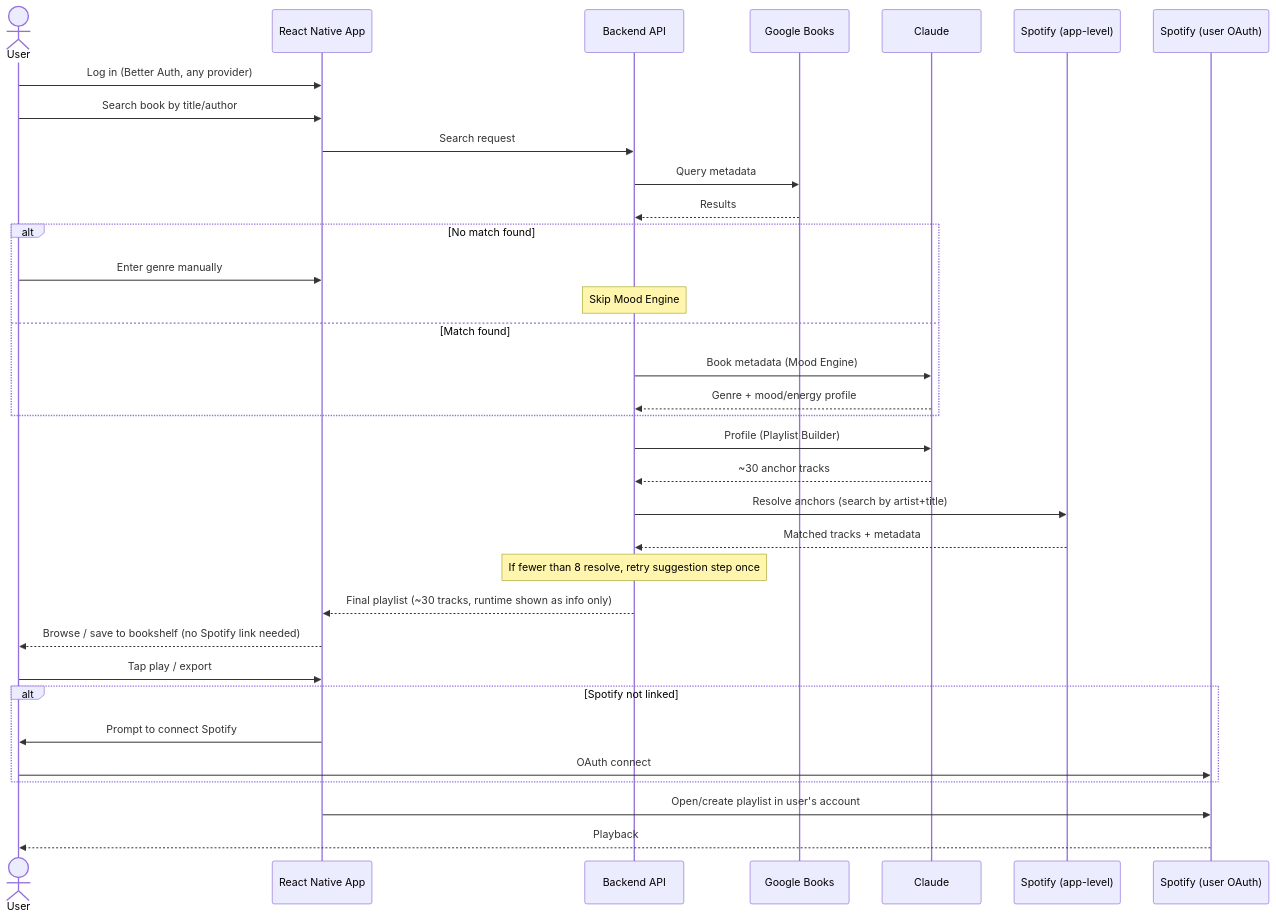
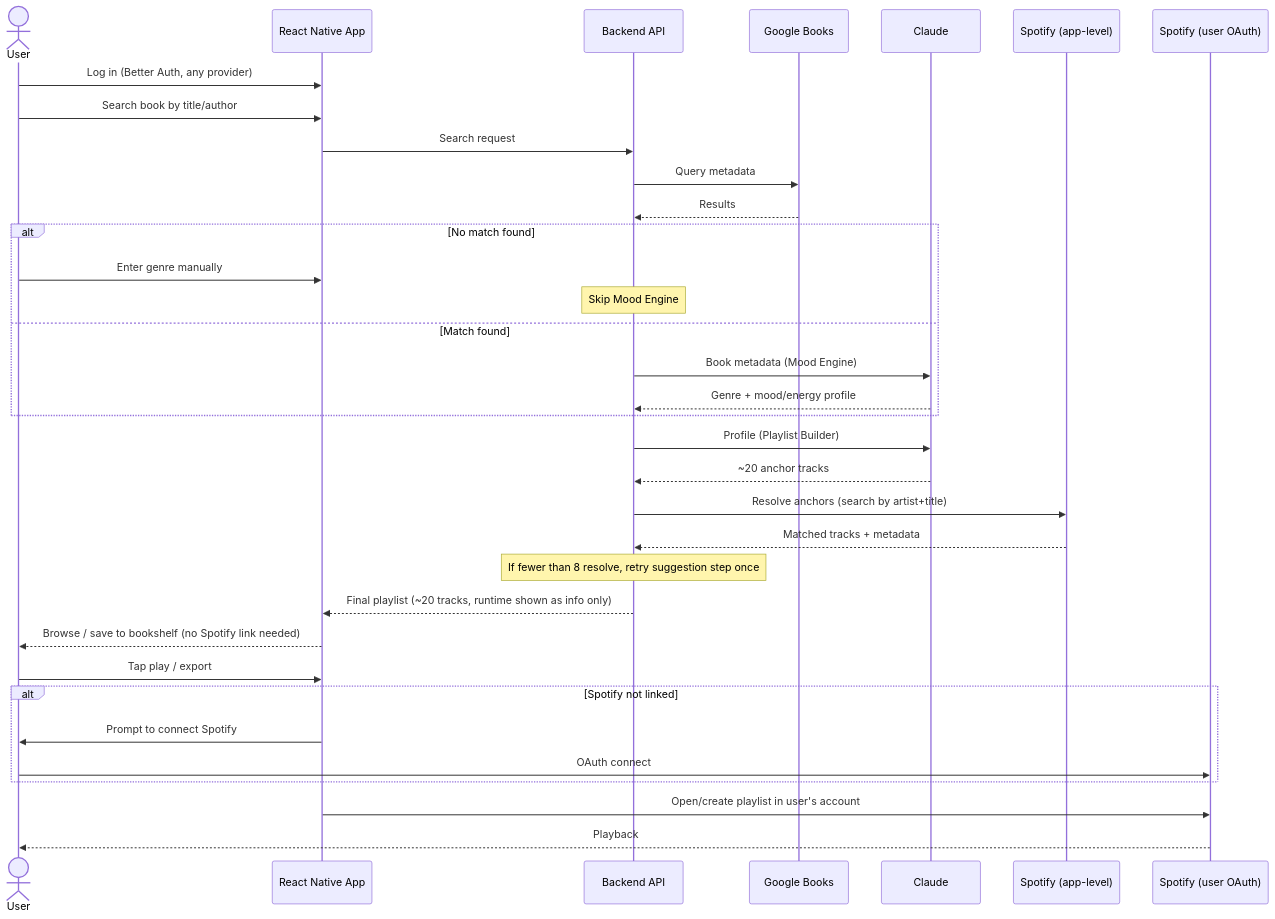
The diagram in docs/specs/2026-07-24-underscore-mvp-design.md (creelester/underscore), drawn with Mermaid before and after one commit. The commit also changed other lines of this file and 12 other files, not shown here.

````diff
--- a/docs/specs/2026-07-24-underscore-mvp-design.md
+++ b/docs/specs/2026-07-24-underscore-mvp-design.md
@@ -58,38 +58,38 @@
 ```mermaid
 sequenceDiagram
     actor U as User
     participant App as React Native App
     participant BE as Backend API
     participant GB as Google Books
     participant C as Claude
     participant SP as Spotify (app-level)
     participant SPu as Spotify (user OAuth)
 
     U->>App: Log in (Better Auth, any provider)
     U->>App: Search book by title/author
     App->>BE: Search request
     BE->>GB: Query metadata
     GB-->>BE: Results
     alt No match found
         U->>App: Enter genre manually
         Note over BE: Skip Mood Engine
     else Match found
         BE->>C: Book metadata (Mood Engine)
         C-->>BE: Genre + mood/energy profile
     end
     BE->>C: Profile (Playlist Builder)
-    C-->>BE: ~30 anchor tracks
+    C-->>BE: ~20 anchor tracks
     BE->>SP: Resolve anchors (search by artist+title)
     SP-->>BE: Matched tracks + metadata
     Note over BE: If fewer than 8 resolve, retry suggestion step once
-    BE-->>App: Final playlist (~30 tracks, runtime shown as info only)
+    BE-->>App: Final playlist (~20 tracks, runtime shown as info only)
     App-->>U: Browse / save to bookshelf (no Spotify link needed)
 
     U->>App: Tap play / export
     alt Spotify not linked
         App->>U: Prompt to connect Spotify
         U->>SPu: OAuth connect
     end
     App->>SPu: Open/create playlist in user's account
     SPu-->>U: Playback
 ```
````
